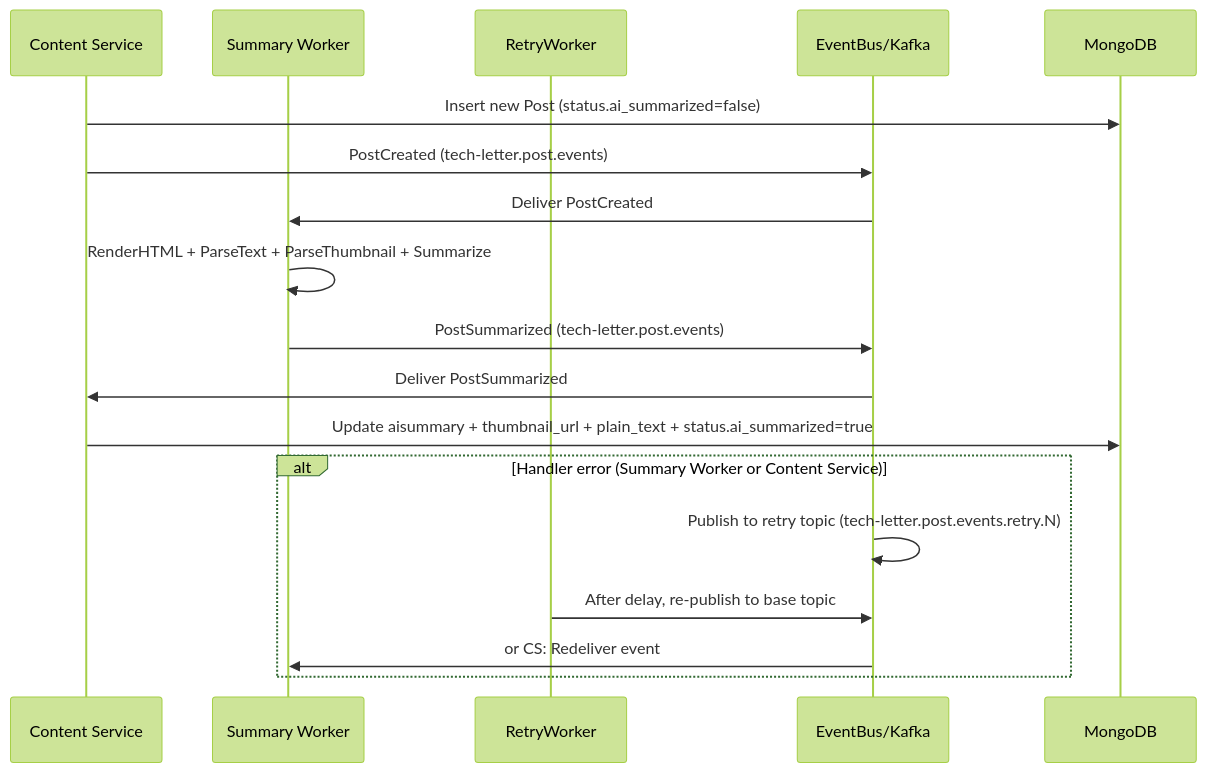
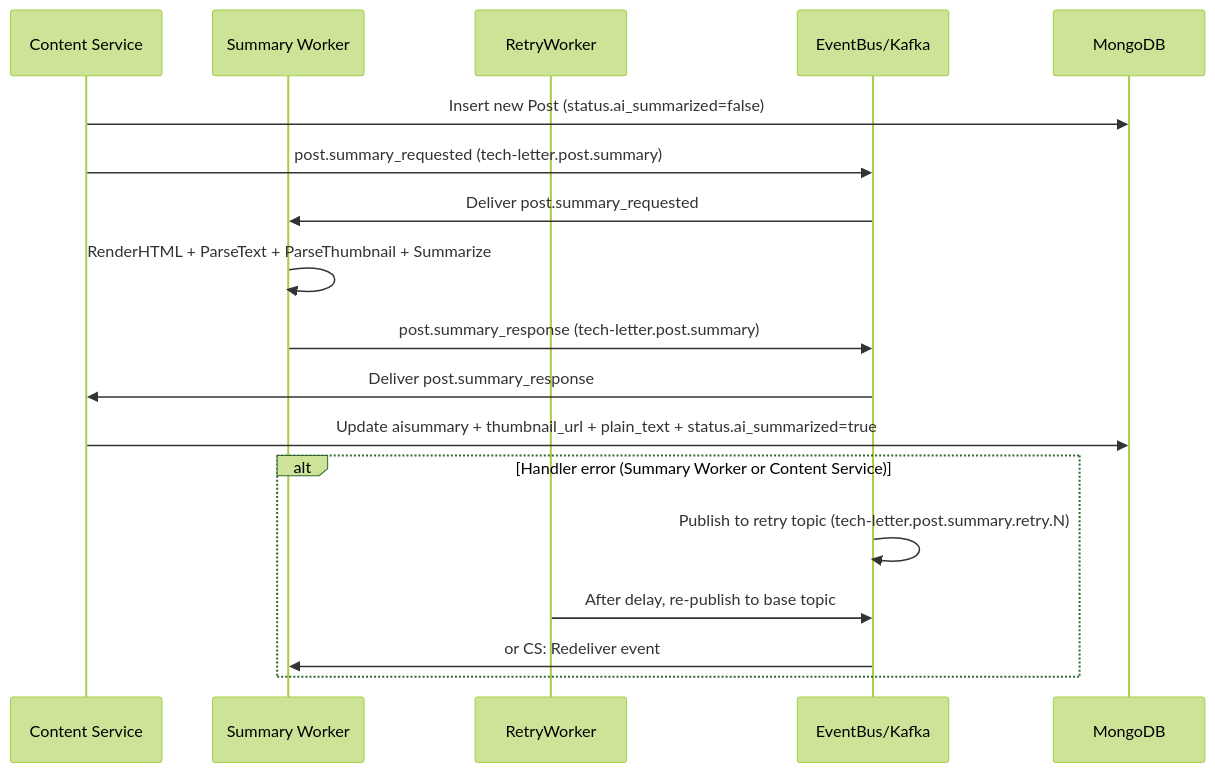
Before and after one commit to TechLetter/tech-letter: the second of 2 diagrams in README.md, drawn with Mermaid (forest theme). The commit also changed other lines of this file and 9 other files, not shown here.

````diff
--- a/README.md
+++ b/README.md
@@ -126,22 +127,22 @@
 ```mermaid
 sequenceDiagram
     participant CS as Content Service
     participant SW as Summary Worker
     participant RW as RetryWorker
     participant EB as EventBus/Kafka
     participant DB as MongoDB
 
     CS->>DB: Insert new Post (status.ai_summarized=false)
-    CS->>EB: PostCreated (tech-letter.post.events)
-    EB->>SW: Deliver PostCreated
+    CS->>EB: post.summary_requested (tech-letter.post.summary)
+    EB->>SW: Deliver post.summary_requested
     SW->>SW: RenderHTML + ParseText + ParseThumbnail + Summarize
-    SW->>EB: PostSummarized (tech-letter.post.events)
-    EB->>CS: Deliver PostSummarized
+    SW->>EB: post.summary_response (tech-letter.post.summary)
+    EB->>CS: Deliver post.summary_response
     CS->>DB: Update aisummary + thumbnail_url + plain_text + status.ai_summarized=true
 
     alt Handler error (Summary Worker or Content Service)
-        EB->>EB: Publish to retry topic (tech-letter.post.events.retry.N)
+        EB->>EB: Publish to retry topic (tech-letter.post.summary.retry.N)
         RW->>EB: After delay, re-publish to base topic
         EB->>SW: or CS: Redeliver event
     end
 ```
````
